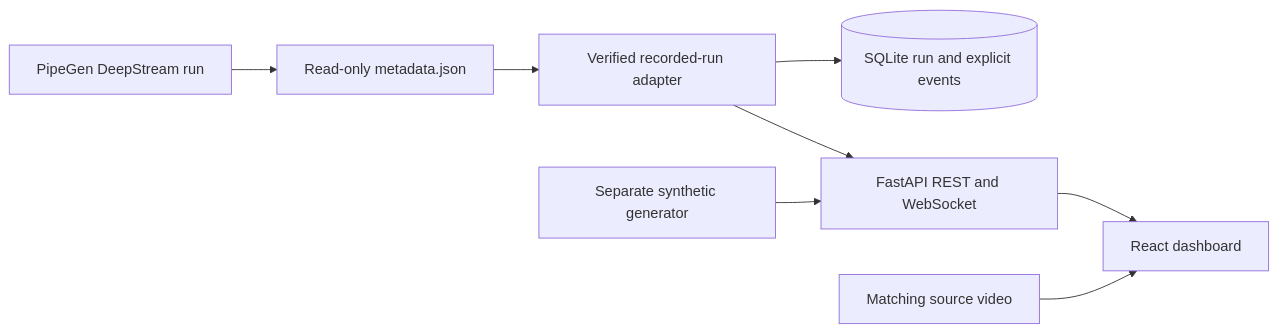
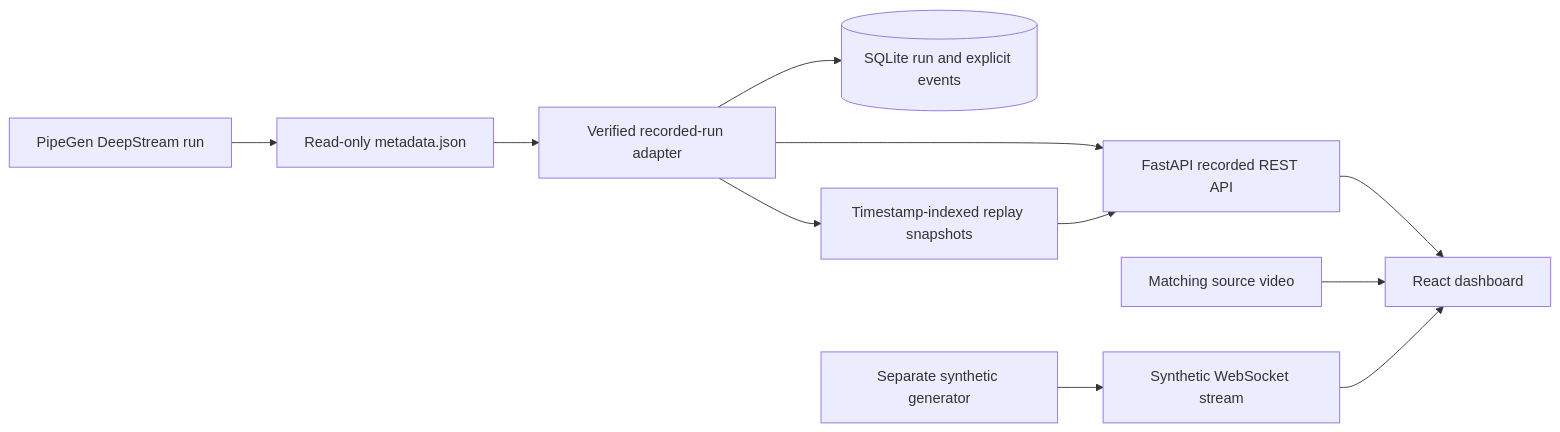
The diagram in README.md (vivekvijayababu/CraftifAIHackathon_CRA004), drawn with Mermaid before and after one commit. The commit also changed other lines of this file, not shown here.

````diff
--- a/README.md
+++ b/README.md
@@ -70,10 +82,13 @@
 ```mermaid
 flowchart LR
   P[PipeGen DeepStream run] --> J[Read-only metadata.json]
   J --> V[Verified recorded-run adapter]
   V --> E[(SQLite run and explicit events)]
-  V --> A[FastAPI REST and WebSocket]
+  V --> A[FastAPI recorded REST API]
+  V --> T[Timestamp-indexed replay snapshots]
+  T --> A
   A --> R[React dashboard]
   M[Matching source video] --> R
-  S[Separate synthetic generator] --> A
+  S[Separate synthetic generator] --> W[Synthetic WebSocket stream]
+  W --> R
 ```
````
